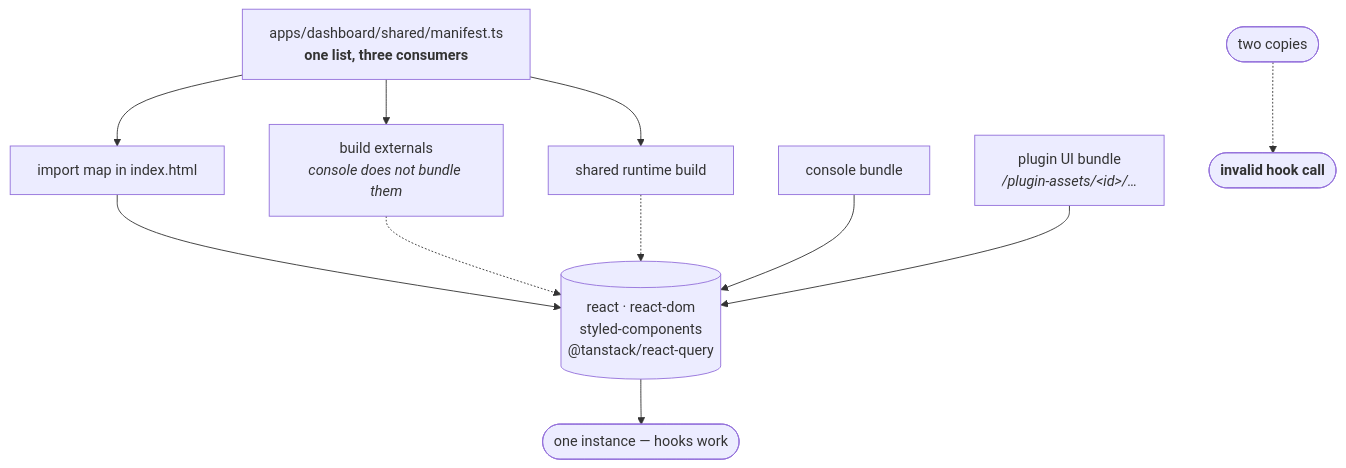
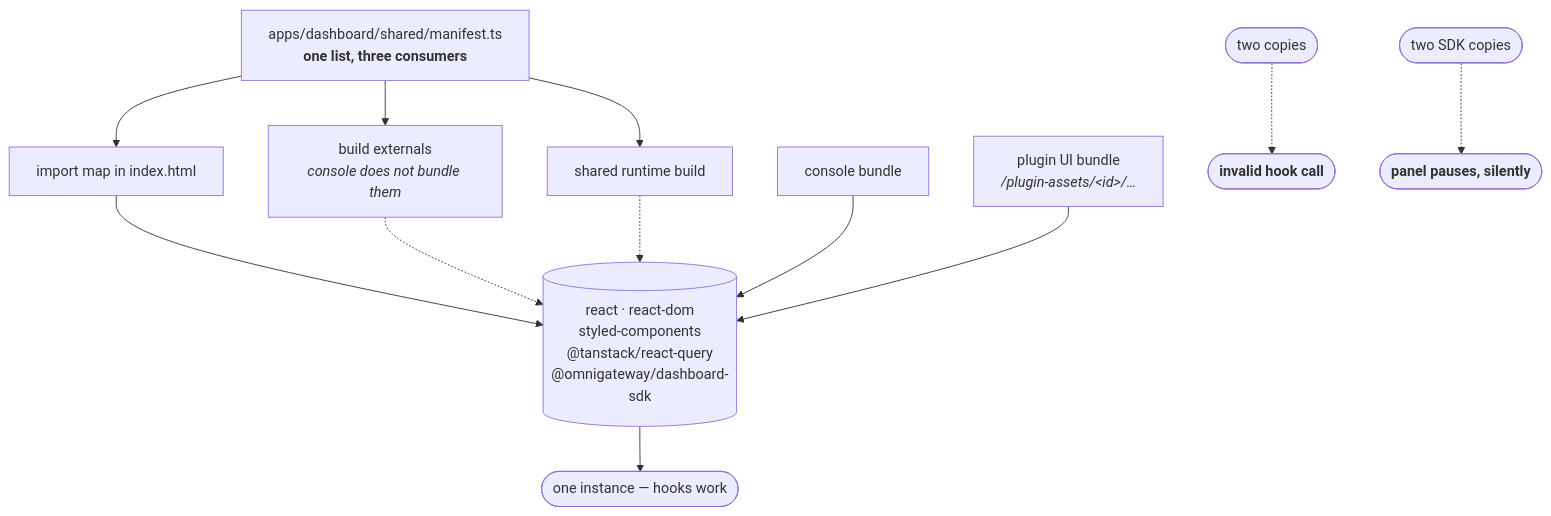
One commit to harismawan/omnigateway changed diagram 16 of 16 in ARCHITECTURE.md. Above: the diagram before and after it, drawn with Mermaid. The commit also changed other lines of this file and 16 other files, not shown here.

````diff
--- a/ARCHITECTURE.md
+++ b/ARCHITECTURE.md
@@ -505,16 +505,17 @@
 ```mermaid
 flowchart TB
   man["apps/dashboard/shared/manifest.ts<br/><b>one list, three consumers</b>"]
   man --> ext["build externals<br/><i>console does not bundle them</i>"]
   man --> imap["import map in index.html"]
   man --> shared["shared runtime build"]
 
-  imap --> rt[("react · react-dom<br/>styled-components<br/>@tanstack/react-query")]
+  imap --> rt[("react · react-dom<br/>styled-components<br/>@tanstack/react-query<br/>@omnigateway/dashboard-sdk")]
   ext -.-> rt
   shared -.-> rt
   console["console bundle"] --> rt
   plugbundle["plugin UI bundle<br/><i>/plugin-assets/&lt;id&gt;/…</i>"] --> rt
 
   rt --> okk(["one instance — hooks work"])
   two(["two copies"]) -.-> err(["<b>invalid hook call</b>"])
+  twosdk(["two SDK copies"]) -.-> quiet(["<b>panel pauses, silently</b>"])
 ```
````
